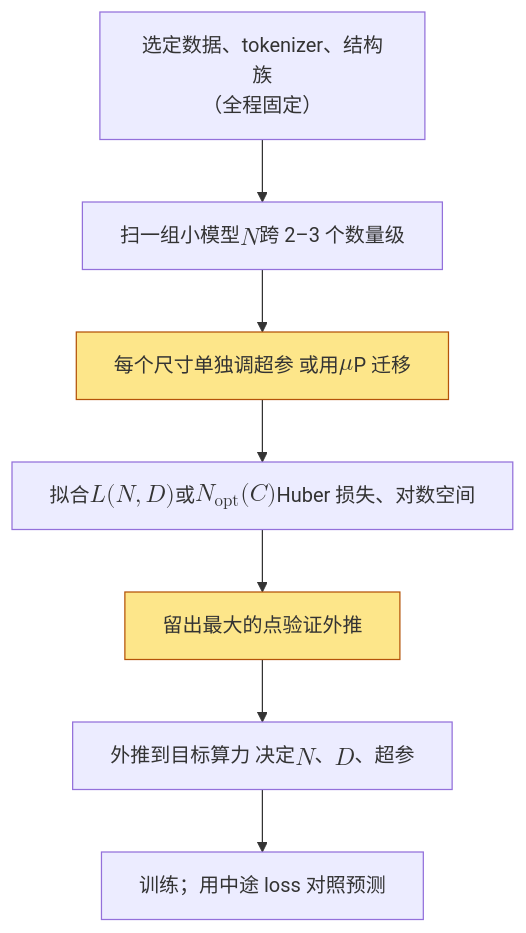
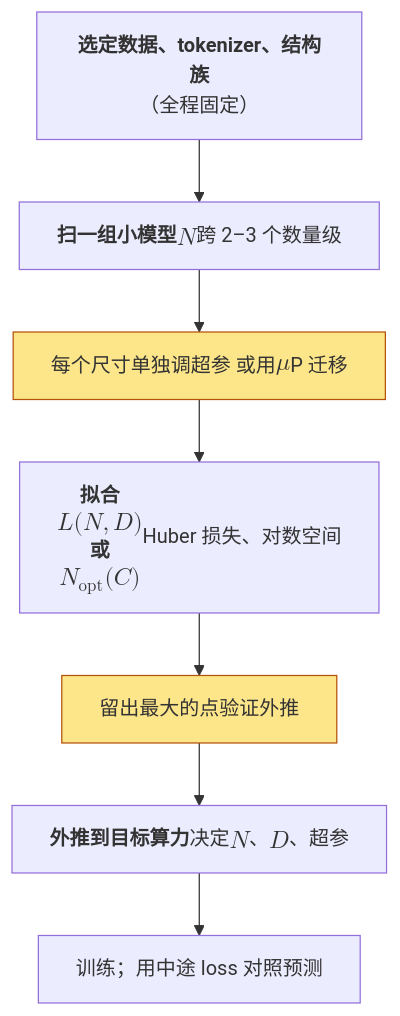
Before and after one commit to arganzheng/arganzheng.github.com: the second of 2 diagrams in _posts/2026-04-11-scaling-laws-and-compute-optimal-training.md, drawn with Mermaid. The commit also changed other lines of this file and 5 other files, not shown here.

First line of the commit message:
预训练：从 tokenizer 到训练配方：Mermaid 多行方框的首行标为标题（6 篇）

````diff
--- a/_posts/2026-04-11-scaling-laws-and-compute-optimal-training.md
+++ b/_posts/2026-04-11-scaling-laws-and-compute-optimal-training.md
@@ -482,13 +482,13 @@
 ```mermaid
 %% 图：scaling law 的实验流程：扫一组小模型、逐尺寸调超参、拟合、留出最大点验证、再外推到目标算力
 flowchart TB
-    S["选定数据、tokenizer、结构族<br/>（全程固定）"] --> W["扫一组小模型<br/>$$N$$ 跨 2–3 个数量级"]
+    S["<b>选定数据、tokenizer、结构族</b><br/>（全程固定）"] --> W["<b>扫一组小模型</b><br/>$$N$$ 跨 2–3 个数量级"]
     W --> H["每个尺寸单独调超参<br/>或用 $$\mu$$P 迁移"]
-    H --> F["拟合 $$L(N, D)$$ 或 $$N_{\text{opt}}(C)$$<br/>Huber 损失、对数空间"]
+    H --> F["<b>拟合 $$L(N, D)$$ 或 $$N_{\text{opt}}(C)$$</b><br/>Huber 损失、对数空间"]
     F --> V["留出最大的点验证外推"]
-    V --> P["外推到目标算力<br/>决定 $$N$$、$$D$$、超参"]
+    V --> P["<b>外推到目标算力</b><br/>决定 $$N$$、$$D$$、超参"]
     P --> R["训练；用中途 loss 对照预测"]
 
     classDef key fill:#fde68a,stroke:#b45309;
     class H,V key;
 ```
````
